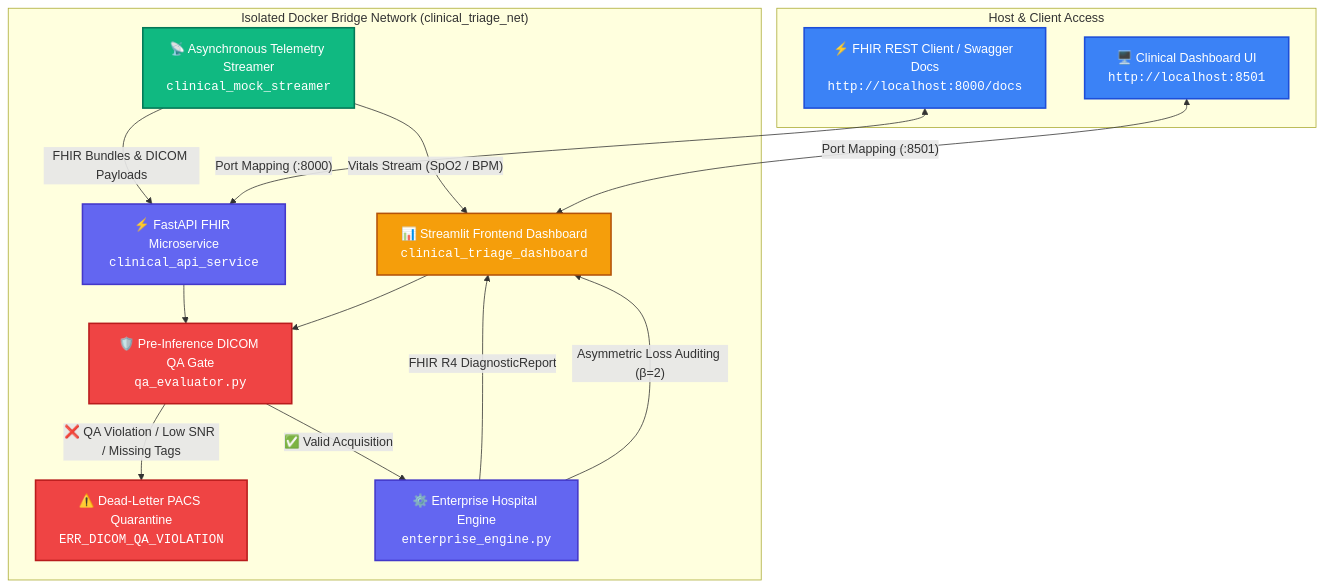
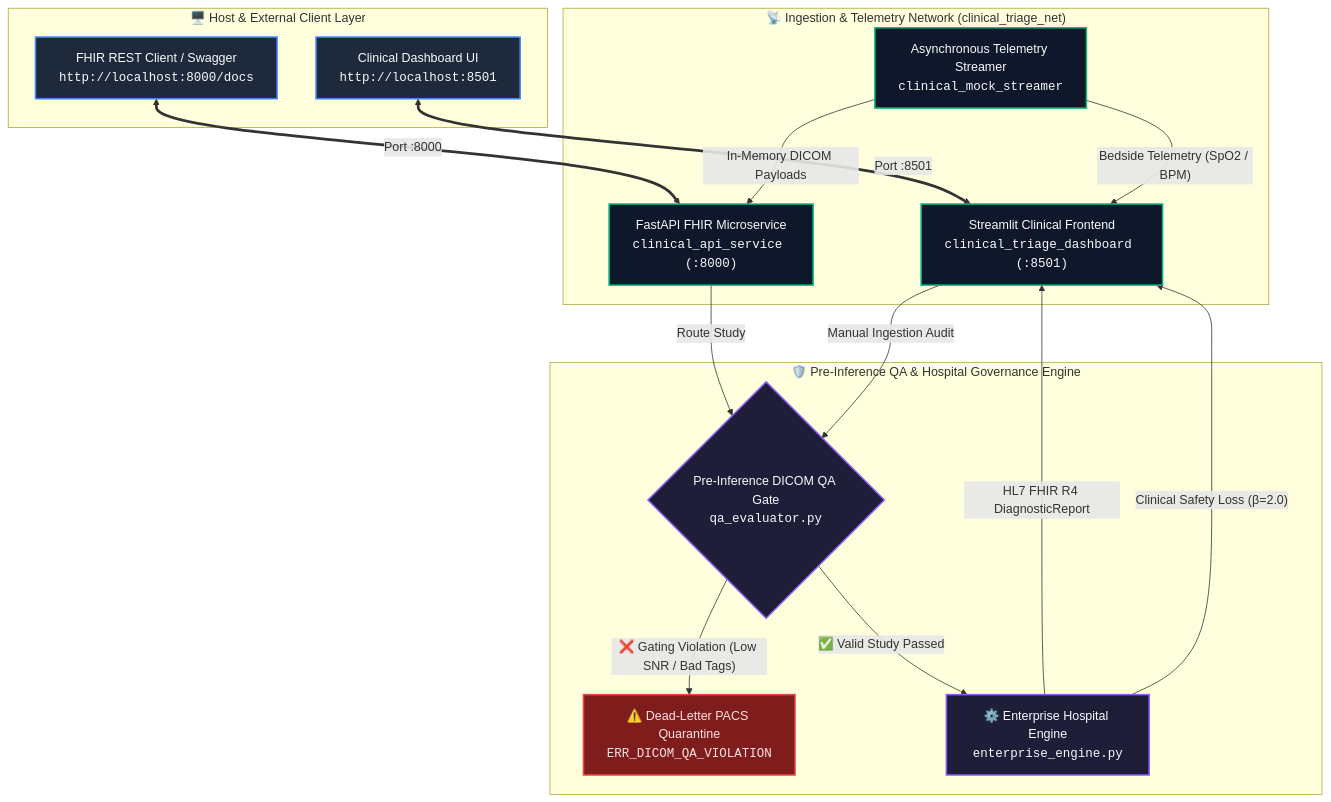
One commit to dammyoguntuyi-ui/Clinical-AI-Triage-Pipeline changed the diagram in README.md. Above: the diagram before and after it, drawn with Mermaid.

Commit message:
docs(readme): enhance Mermaid architecture diagram readability and vertical hierarchy

````diff
--- a/README.md
+++ b/README.md
@@ -32,42 +32,45 @@
 ```mermaid
 flowchart TD
-    subgraph Client["Host & Client Access"]
-        BrowserUI["🖥️ Clinical Dashboard UI<br/><code>http://localhost:8501</code>"]
-        APIClient["⚡ FHIR REST Client / Swagger Docs<br/><code>http://localhost:8000/docs</code>"]
+    subgraph ClientLayer["🖥️ Host & External Client Layer"]
+        BrowserUI["Clinical Dashboard UI<br/><code>http://localhost:8501</code>"]
+        APIClient["FHIR REST Client / Swagger<br/><code>http://localhost:8000/docs</code>"]
     end
 
-    subgraph Network["Isolated Docker Bridge Network (clinical_triage_net)"]
-        Streamer["📡 Asynchronous Telemetry Streamer<br/><code>clinical_mock_streamer</code>"]
-        APIService["⚡ FastAPI FHIR Microservice<br/><code>clinical_api_service</code>"]
-        QAGate["🛡️ Pre-Inference DICOM QA Gate<br/><code>qa_evaluator.py</code>"]
+    subgraph IngestionLayer["📡 Ingestion & Telemetry Network (clinical_triage_net)"]
+        Streamer["Asynchronous Telemetry Streamer<br/><code>clinical_mock_streamer</code>"]
+        APIService["FastAPI FHIR Microservice<br/><code>clinical_api_service (:8000)</code>"]
+        Dashboard["Streamlit Clinical Frontend<br/><code>clinical_triage_dashboard (:8501)</code>"]
+    end
+
+    subgraph GovernanceLayer["🛡️ Pre-Inference QA & Hospital Governance Engine"]
+        QAGate{"Pre-Inference DICOM QA Gate<br/><code>qa_evaluator.py</code>"}
         Quarantine["⚠️ Dead-Letter PACS Quarantine<br/><code>ERR_DICOM_QA_VIOLATION</code>"]
         Engine["⚙️ Enterprise Hospital Engine<br/><code>enterprise_engine.py</code>"]
-        Dashboard["📊 Streamlit Frontend Dashboard<br/><code>clinical_triage_dashboard</code>"]
     end
 
-    Streamer -->|"Vitals Stream (SpO2 / BPM)"| Dashboard
-    Streamer -->|"FHIR Bundles & DICOM Payloads"| APIService
-    APIService --> QAGate
-    Dashboard --> QAGate
+    BrowserUI <==>|"Port :8501"| Dashboard
+    APIClient <==>|"Port :8000"| APIService
+
+    Streamer -->|"Bedside Telemetry (SpO2 / BPM)"| Dashboard
+    Streamer -->|"In-Memory DICOM Payloads"| APIService
     
-    QAGate -->|"❌ QA Violation / Low SNR / Missing Tags"| Quarantine
-    QAGate -->|"✅ Valid Acquisition"| Engine
-    
-    Engine -->|"FHIR R4 DiagnosticReport"| Dashboard
-    Engine -->|"Asymmetric Loss Auditing (β=2)"| Dashboard
+    APIService -->|"Route Study"| QAGate
+    Dashboard -->|"Manual Ingestion Audit"| QAGate
 
-    BrowserUI <-->|"Port Mapping (:8501)"| Dashboard
-    APIClient <-->|"Port Mapping (:8000)"| APIService
+    QAGate -->|"❌ Gating Violation (Low SNR / Bad Tags)"| Quarantine
+    QAGate -->|"✅ Valid Study Passed"| Engine
 
-    classDef client fill:#3b82f6,stroke:#1d4ed8,stroke-width:2px,color:#fff;
-    classDef streamer fill:#10b981,stroke:#047857,stroke-width:2px,color:#fff;
-    classDef engine fill:#f59e0b,stroke:#b45309,stroke-width:2px,color:#fff;
-    classDef dash fill:#6366f1,stroke:#4338ca,stroke-width:2px,color:#fff;
-    classDef qa fill:#ef4444,stroke:#b91c1c,stroke-width:2px,color:#fff;
+    Engine -->|"HL7 FHIR R4 DiagnosticReport"| Dashboard
+    Engine -->|"Clinical Safety Loss (β=2.0)"| Dashboard
+
+    classDef client fill:#1e293b,stroke:#3b82f6,stroke-width:2px,color:#f8fafc;
+    classDef network fill:#0f172a,stroke:#10b981,stroke-width:2px,color:#f8fafc;
+    classDef governance fill:#1e1e38,stroke:#8b5cf6,stroke-width:2px,color:#f8fafc;
+    classDef danger fill:#7f1d1d,stroke:#ef4444,stroke-width:2px,color:#fee2e2;
+    classDef success fill:#064e3b,stroke:#10b981,stroke-width:2px,color:#d1fae5;
 
     class BrowserUI,APIClient client;
-    class Streamer streamer;
-    class APIService,Engine dash;
-    class QAGate,Quarantine qa;
-    class Dashboard engine;
+    class Streamer,APIService,Dashboard network;
+    class Engine,QAGate governance;
+    class Quarantine danger;
 ```
````
